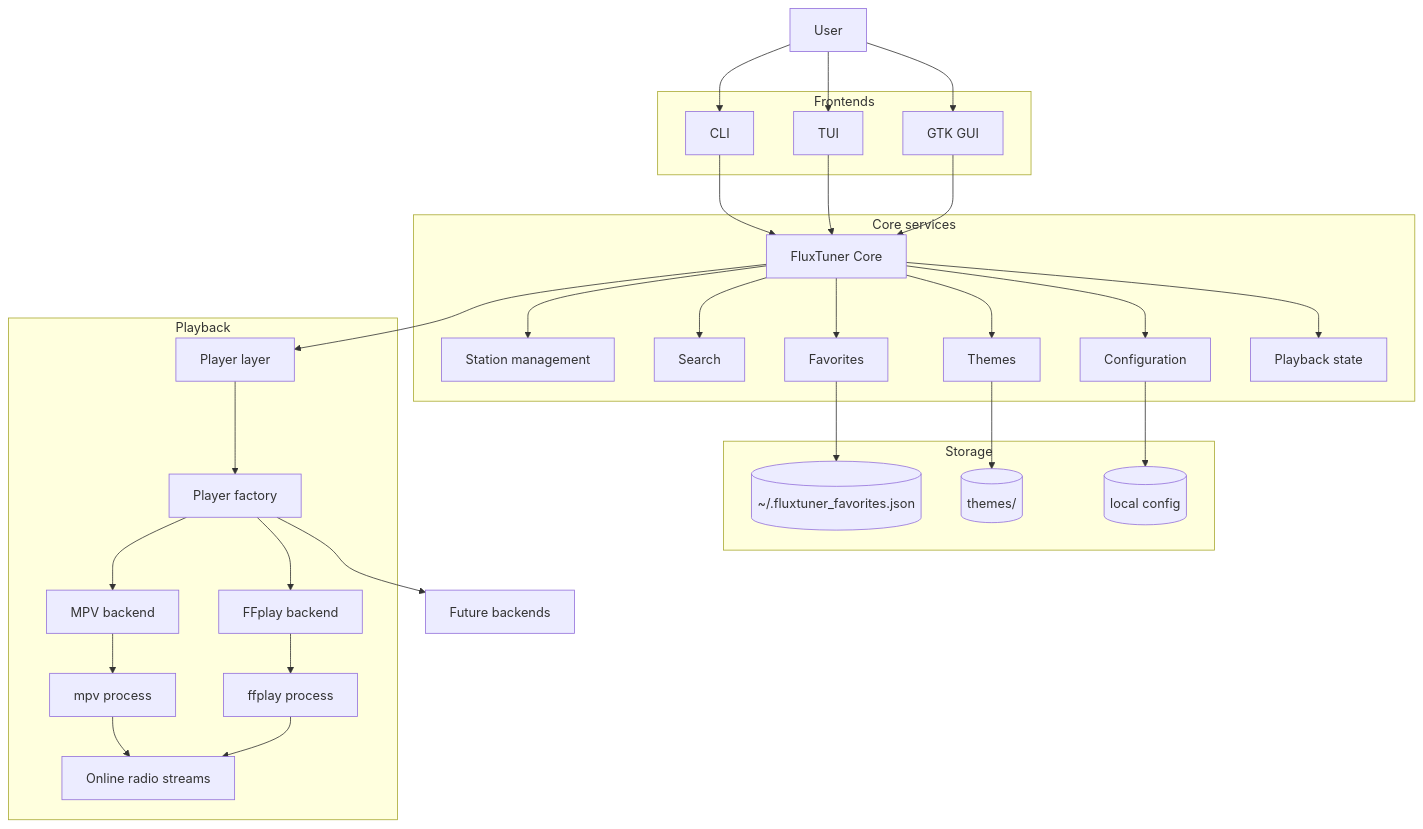
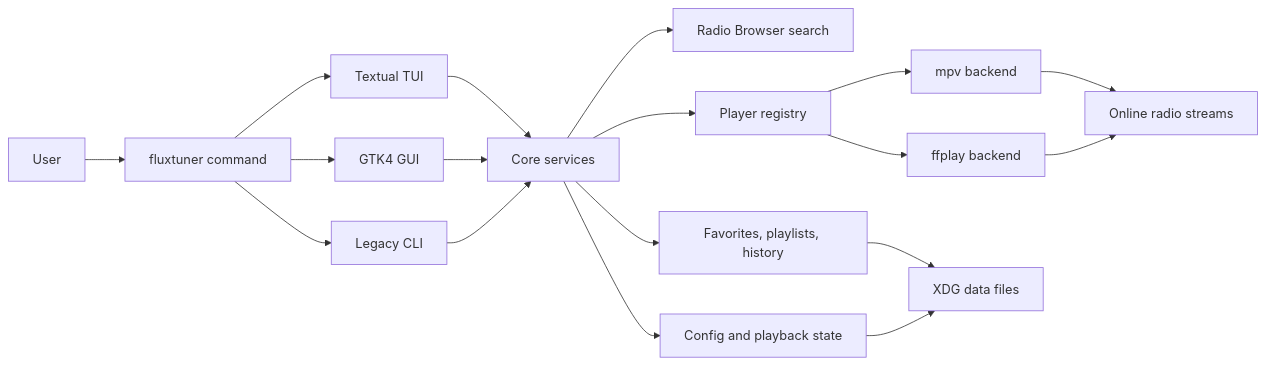
One commit to pitill0/fluxtuner changed the diagram in README.md. Above: the diagram before and after it, drawn with Mermaid. The commit also changed other lines of this file and 2 other files, not shown here.

````diff
--- a/README.md
+++ b/README.md
@@ -644,69 +124,24 @@
 ```mermaid
-flowchart TB
+flowchart LR
+    User["User"] --> Entry["fluxtuner command"]
+    Entry --> TUI["Textual TUI"]
+    Entry --> GUI["GTK4 GUI"]
+    Entry --> CLI["Legacy CLI"]
 
-    User["User"]
+    TUI --> Services["Core services"]
+    GUI --> Services
+    CLI --> Services
 
-    User --> CLI["CLI"]
-    User --> TUI["TUI"]
-    User --> GUI["GTK GUI"]
+    Services --> Search["Radio Browser search"]
+    Services --> Library["Favorites, playlists, history"]
+    Services --> Config["Config and playback state"]
+    Services --> PlayerRegistry["Player registry"]
 
-    CLI --> Core["FluxTuner Core"]
-    TUI --> Core
-    GUI --> Core
+    PlayerRegistry --> MPV["mpv backend"]
+    PlayerRegistry --> FFPLAY["ffplay backend"]
+    MPV --> Streams["Online radio streams"]
+    FFPLAY --> Streams
 
-    Core --> Radio["Station management"]
-    Core --> Search["Search"]
-    Core --> Favorites["Favorites"]
-    Core --> Themes["Themes"]
-    Core --> Config["Configuration"]
-    Core --> PlaybackState["Playback state"]
-
-    Favorites --> FavFile[("~/.fluxtuner_favorites.json")]
-    Themes --> ThemeFiles[("themes/")]
-    Config --> ConfigFiles[("local config")]
-
-    Core --> PlayerLayer["Player layer"]
-    PlayerLayer --> Factory["Player factory"]
-
-    Factory --> MPV["MPV backend"]
-    Factory --> FFplay["FFplay backend"]
-    Factory --> FuturePlayers["Future backends"]
-
-    MPV --> MPVProcess["mpv process"]
-    FFplay --> FFplayProcess["ffplay process"]
-
-    MPVProcess --> Streams["Online radio streams"]
-    FFplayProcess --> Streams
-
-    subgraph Frontends
-        CLI
-        TUI
-        GUI
-    end
-
-    subgraph CoreServices["Core services"]
-        Core
-        Radio
-        Search
-        Favorites
-        Themes
-        Config
-        PlaybackState
-    end
-
-    subgraph Storage
-        FavFile
-        ThemeFiles
-        ConfigFiles
-    end
-
-    subgraph Playback
-        PlayerLayer
-        Factory
-        MPV
-        FFplay
-        MPVProcess
-        FFplayProcess
-        Streams
-    end
+    Library --> Storage["XDG data files"]
+    Config --> Storage
 ```
````
